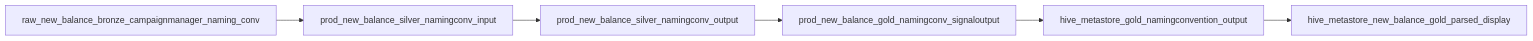
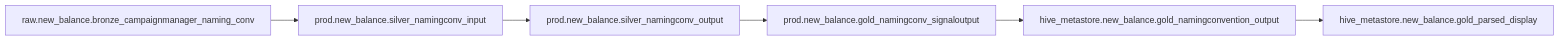
One commit to AnasAhmed-MHW/fuzzy-octo-sniffle changed the second of 2 diagrams in docs/signal/site-served.md. Above: the diagram before and after it, drawn with Mermaid.

````diff
--- a/docs/signal/site-served.md
+++ b/docs/signal/site-served.md
@@ -44,8 +44,8 @@
 ```mermaid
 graph LR;
-    raw_new_balance_bronze_campaignmanager_naming_conv --> prod_new_balance_silver_namingconv_input;
-    prod_new_balance_silver_namingconv_input --> prod_new_balance_silver_namingconv_output;
-    prod_new_balance_silver_namingconv_output --> prod_new_balance_gold_namingconv_signaloutput;
-    prod_new_balance_gold_namingconv_signaloutput --> hive_metastore_gold_namingconvention_output;
-    hive_metastore_gold_namingconvention_output -->  hive_metastore_new_balance_gold_parsed_display;
+    raw.new_balance.bronze_campaignmanager_naming_conv --> prod.new_balance.silver_namingconv_input;
+    prod.new_balance.silver_namingconv_input --> prod.new_balance.silver_namingconv_output;
+    prod.new_balance.silver_namingconv_output --> prod.new_balance.gold_namingconv_signaloutput;
+    prod.new_balance.gold_namingconv_signaloutput --> hive_metastore.new_balance.gold_namingconvention_output;
+    hive_metastore.new_balance.gold_namingconvention_output -->  hive_metastore.new_balance.gold_parsed_display;
 ```
````
